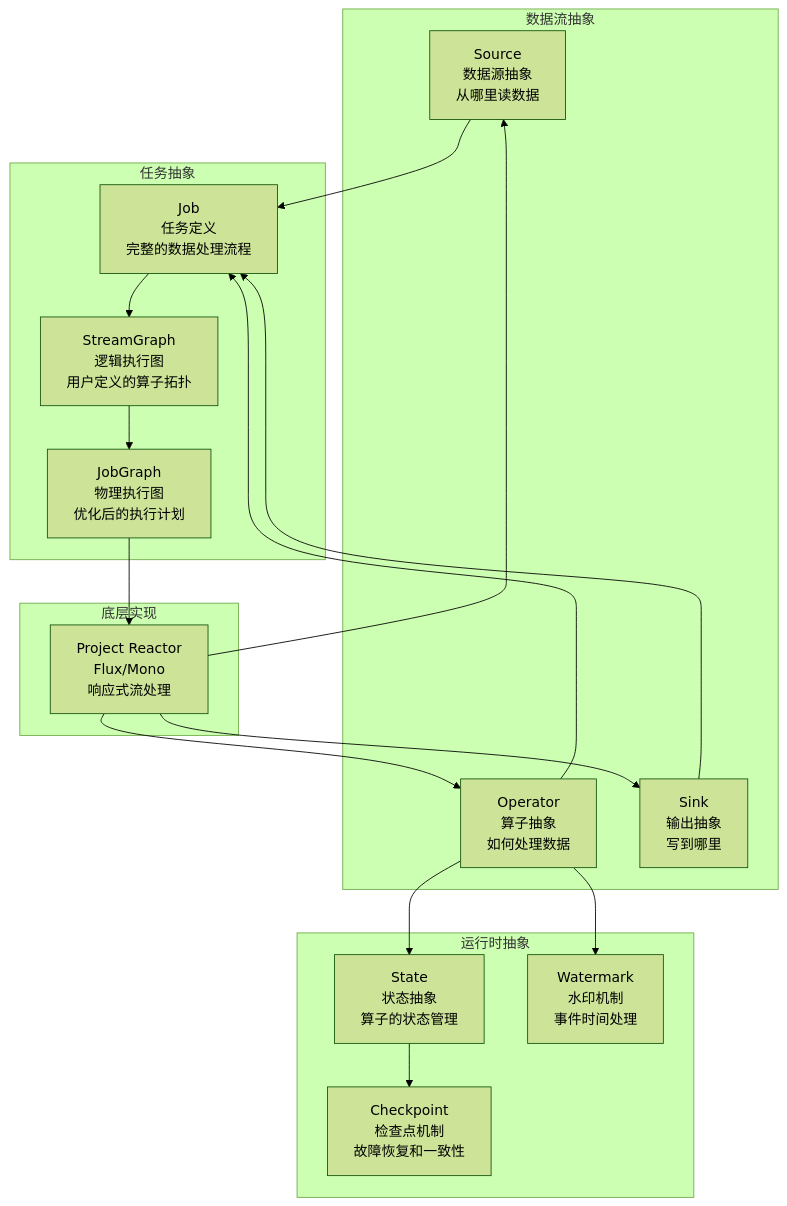
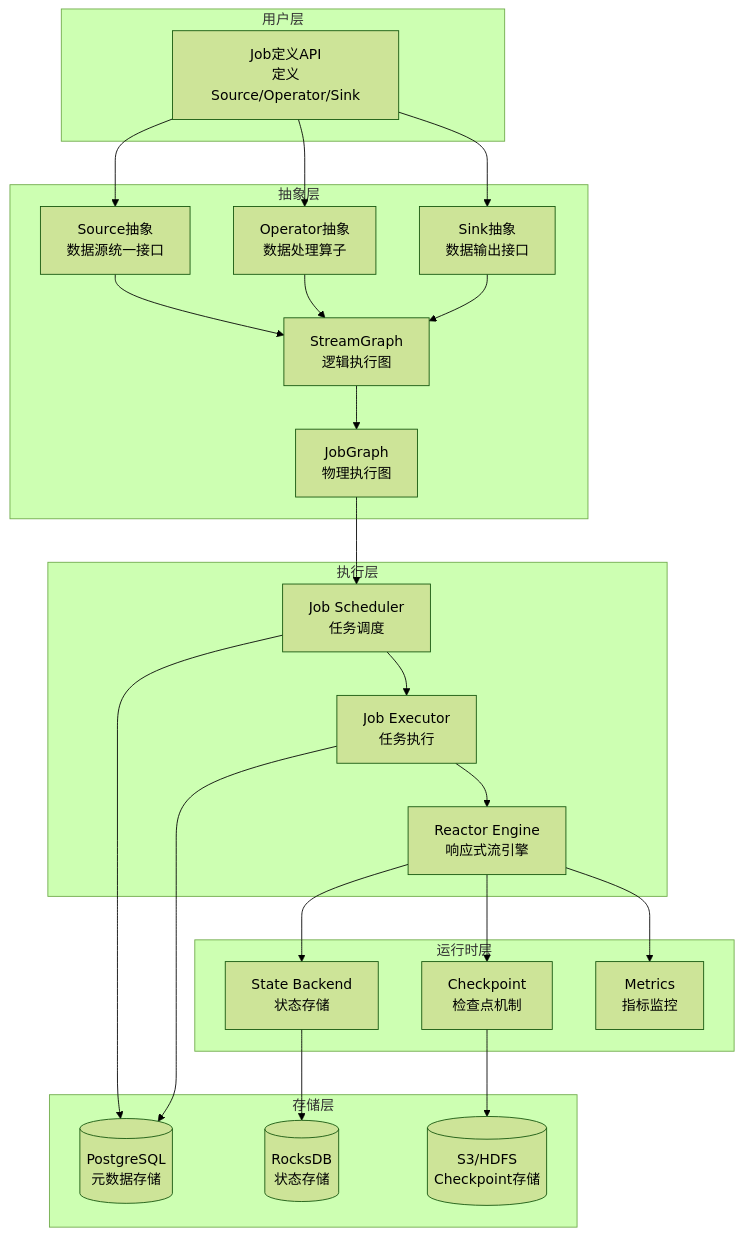
Before and after one commit to 312268112/advanced-java: the first of 23 diagrams in pipeline-framework-design.md, drawn with Mermaid (forest theme). The commit also changed other lines of this file, not shown here.

````diff
--- a/pipeline-framework-design.md
+++ b/pipeline-framework-design.md
@@ -41,41 +29,54 @@
 ```mermaid
 graph TB
-    subgraph "数据流抽象"
-        Source[Source<br/>数据源抽象<br/>从哪里读数据]
-        Operator[Operator<br/>算子抽象<br/>如何处理数据]
-        Sink[Sink<br/>输出抽象<br/>写到哪里]
+    subgraph "用户层"
+        API[Job定义API<br/>定义Source/Operator/Sink]
     end
     
-    subgraph "任务抽象"
-        Job[Job<br/>任务定义<br/>完整的数据处理流程]
-        StreamGraph[StreamGraph<br/>逻辑执行图<br/>用户定义的算子拓扑]
-        JobGraph[JobGraph<br/>物理执行图<br/>优化后的执行计划]
+    subgraph "抽象层"
+        Source[Source抽象<br/>数据源统一接口]
+        Operator[Operator抽象<br/>数据处理算子]
+        Sink[Sink抽象<br/>数据输出接口]
+        StreamGraph[StreamGraph<br/>逻辑执行图]
+        JobGraph[JobGraph<br/>物理执行图]
     end
     
-    subgraph "运行时抽象"
-        State[State<br/>状态抽象<br/>算子的状态管理]
-        Checkpoint[Checkpoint<br/>检查点机制<br/>故障恢复和一致性]
-        Watermark[Watermark<br/>水印机制<br/>事件时间处理]
+    subgraph "执行层"
+        Scheduler[Job Scheduler<br/>任务调度]
+        Executor[Job Executor<br/>任务执行]
+        ReactorEngine[Reactor Engine<br/>响应式流引擎]
     end
     
-    subgraph "底层实现"
-        Reactor[Project Reactor<br/>Flux/Mono<br/>响应式流处理]
+    subgraph "运行时层"
+        State[State Backend<br/>状态存储]
+        Checkpoint[Checkpoint<br/>检查点机制]
+        Metrics[Metrics<br/>指标监控]
     end
     
-    Source --> Job
-    Operator --> Job
-    Sink --> Job
+    subgraph "存储层"
+        PostgreSQL[(PostgreSQL<br/>元数据存储)]
+        RocksDB[(RocksDB<br/>状态存储)]
+        S3[(S3/HDFS<br/>Checkpoint存储)]
+    end
     
-    Job --> StreamGraph
+    API --> Source
+    API --> Operator
+    API --> Sink
+    
+    Source --> StreamGraph
+    Operator --> StreamGraph
+    Sink --> StreamGraph
+    
     StreamGraph --> JobGraph
+    JobGraph --> Scheduler
+    Scheduler --> Executor
+    Executor --> ReactorEngine
     
-    JobGraph --> Reactor
+    ReactorEngine --> State
+    ReactorEngine --> Checkpoint
+    ReactorEngine --> Metrics
     
-    Operator --> State
-    State --> Checkpoint
-    Operator --> Watermark
-    
-    Reactor --> Source
-    Reactor --> Operator
-    Reactor --> Sink
+    State --> RocksDB
+    Checkpoint --> S3
+    Scheduler --> PostgreSQL
+    Executor --> PostgreSQL
 ```
````
